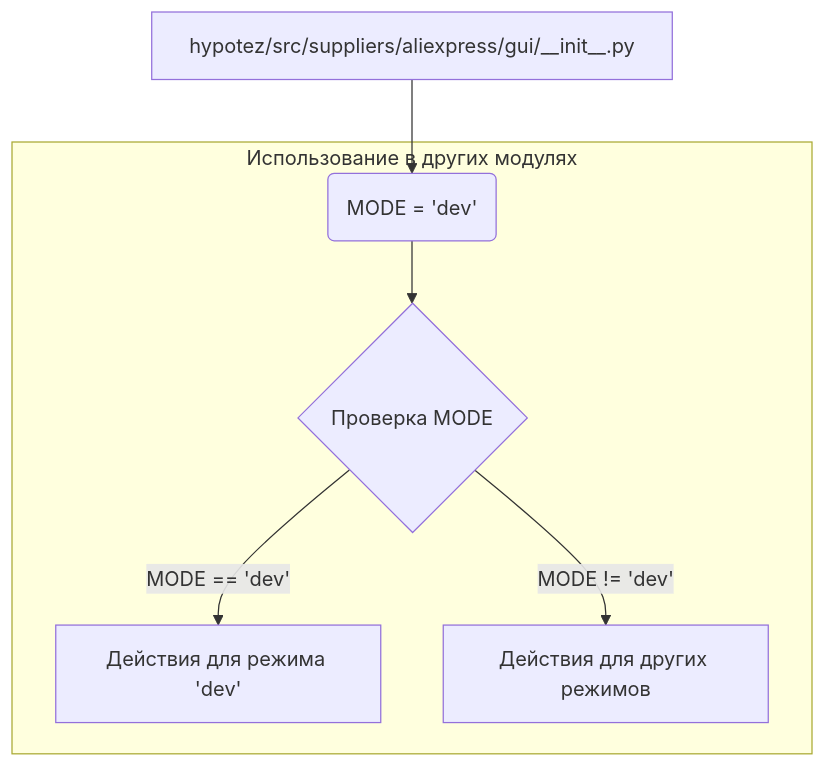
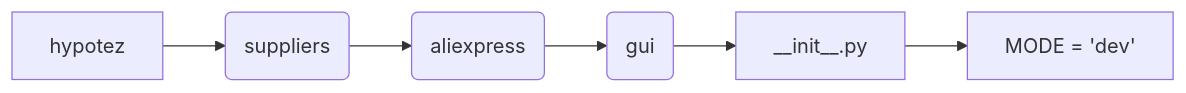
Before and after one commit to hypo69/hypo: the second of 2 diagrams in docs/gemini/ru/explainer/src/suppliers/aliexpress/gui/__init__.md, drawn with Mermaid. The commit also changed other lines of this file and 468 other files, not shown here.

````diff
--- a/docs/gemini/ru/explainer/src/suppliers/aliexpress/gui/__init__.md
+++ b/docs/gemini/ru/explainer/src/suppliers/aliexpress/gui/__init__.md
@@ -31,10 +41,8 @@
 ```mermaid
-graph TD
-    A[hypotez/src/suppliers/aliexpress/gui/__init__.py] --> B(MODE = 'dev');
-    
-    subgraph "Использование в других модулях"
-        B --> C{Проверка MODE};
-        C -- MODE == 'dev' --> D[Действия для режима 'dev'];
-        C -- MODE != 'dev' --> E[Действия для других режимов];
-    end
+graph LR
+    A[hypotez] --> B(suppliers);
+    B --> C(aliexpress);
+    C --> D(gui);
+    D --> E[__init__.py];
+    E --> F[MODE = 'dev'];
 ```
````
